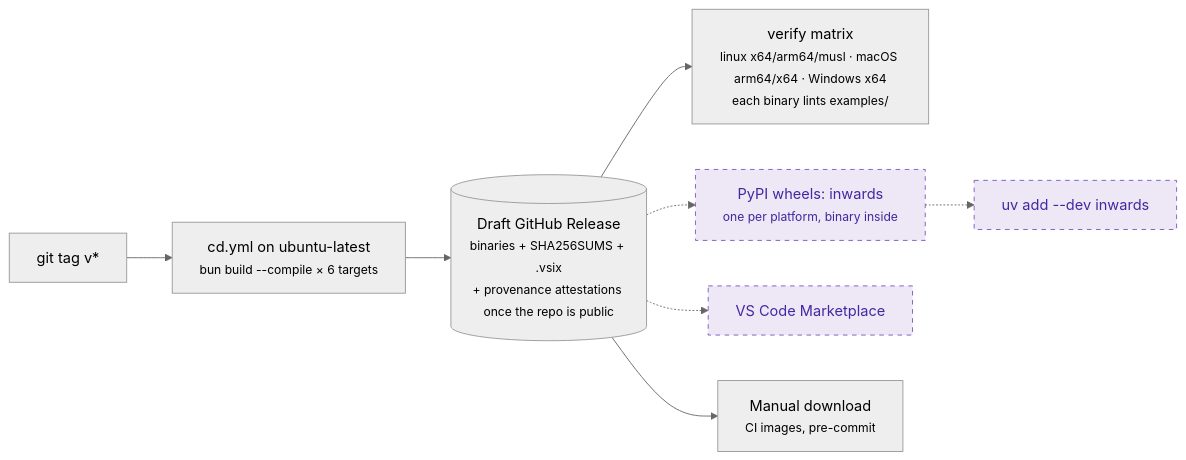
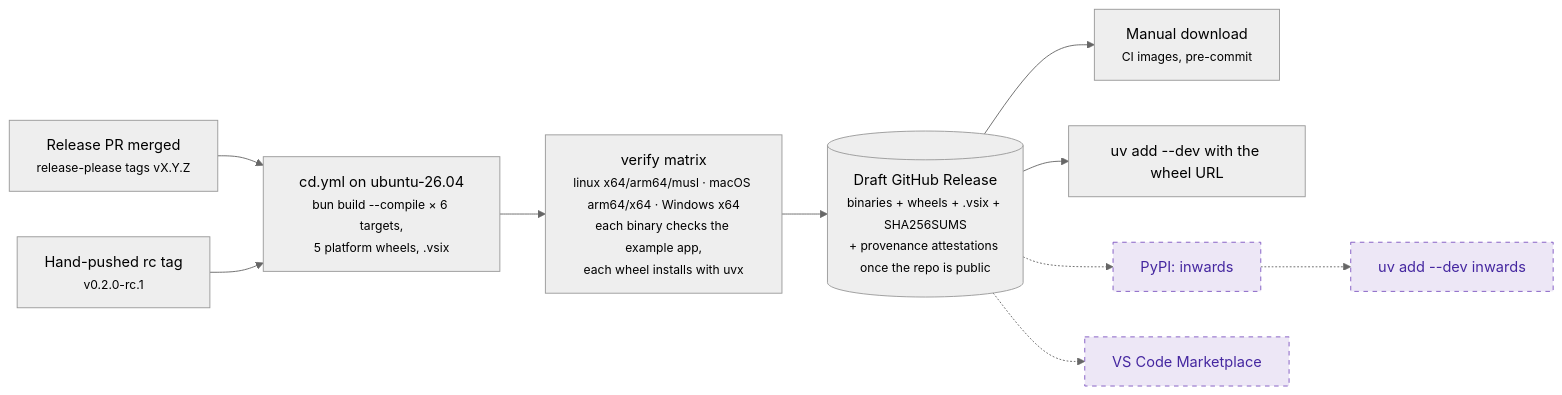
Before and after one commit to SirCypkowskyy/inwards: the sixth of 6 diagrams in docs/chapters/03-Architecture-C4.md, drawn with Mermaid (neutral theme). The commit also changed other lines of this file and 9 other files, not shown here.

````diff
--- a/docs/chapters/03-Architecture-C4.md
+++ b/docs/chapters/03-Architecture-C4.md
@@ -229,13 +242,15 @@
 ```mermaid
 flowchart LR
-    tag["git tag v*"] --> cd["cd.yml on ubuntu-latest<br/><small>bun build --compile × 6 targets</small>"]
-    cd --> art[("Draft GitHub Release<br/><small>binaries + SHA256SUMS + .vsix<br/>+ provenance attestations once the repo is public</small>")]
-    art --> verify["verify matrix<br/><small>linux x64/arm64/musl · macOS arm64/x64 · Windows x64<br/>each binary lints examples/</small>"]
-    art -.-> wheel["PyPI wheels: inwards<br/><small>one per platform, binary inside</small>"]
+    pr["Release PR merged<br/><small>release-please tags vX.Y.Z</small>"] --> cd["cd.yml on ubuntu-26.04<br/><small>bun build --compile × 6 targets,<br/>5 platform wheels, .vsix</small>"]
+    rc["Hand-pushed rc tag<br/><small>v0.2.0-rc.1</small>"] --> cd
+    cd --> verify["verify matrix<br/><small>linux x64/arm64/musl · macOS arm64/x64 · Windows x64<br/>each binary checks the example app,<br/>each wheel installs with uvx</small>"]
+    verify --> art[("Draft GitHub Release<br/><small>binaries + wheels + .vsix + SHA256SUMS<br/>+ provenance attestations once the repo is public</small>")]
+    art --> manual["Manual download<br/><small>CI images, pre-commit</small>"]
+    art --> uvurl["uv add --dev with the wheel URL"]
+    art -.-> pypi["PyPI: inwards"]
+    pypi -.-> dev["uv add --dev inwards"]
     art -.-> market["VS Code Marketplace"]
-    wheel -.-> dev["uv add --dev inwards"]
-    art --> manual["Manual download<br/><small>CI images, pre-commit</small>"]
 
     classDef planned fill:#ede7f6,color:#4527a0,stroke:#7e57c2,stroke-dasharray:5 5
-    class wheel,market,dev planned
+    class pypi,dev,market planned
 ```
````
